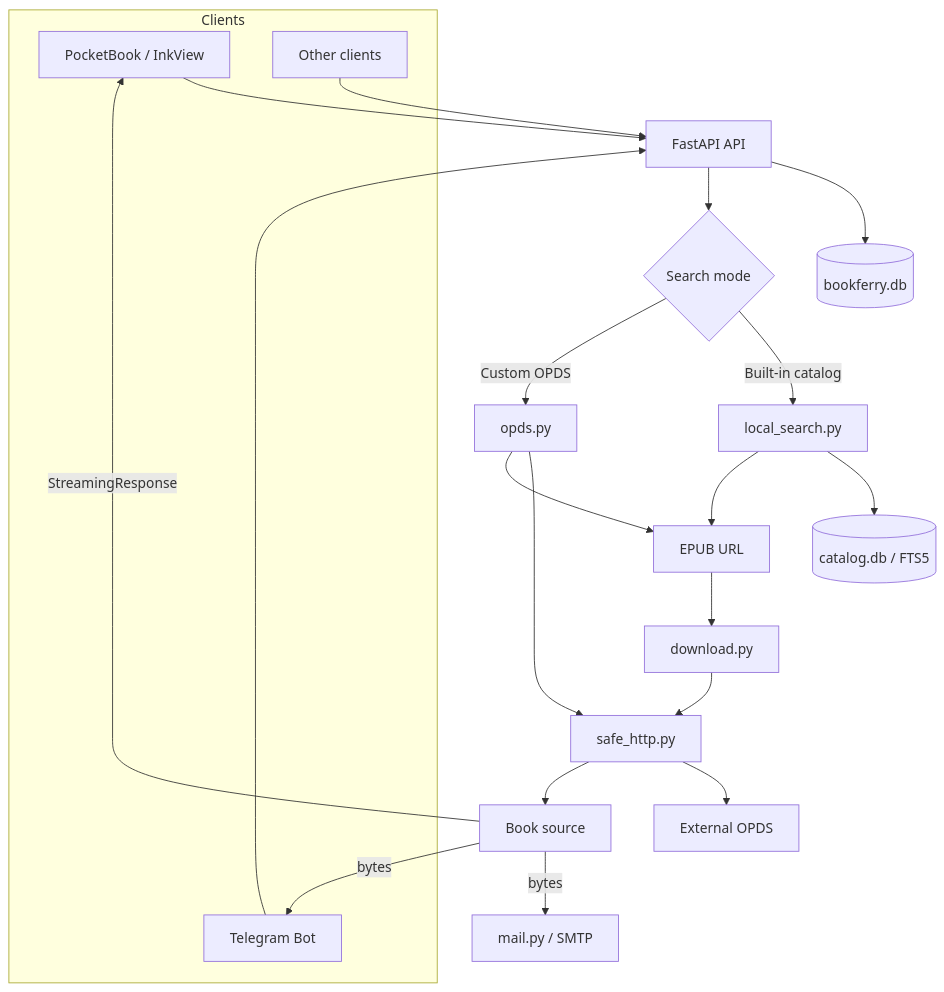
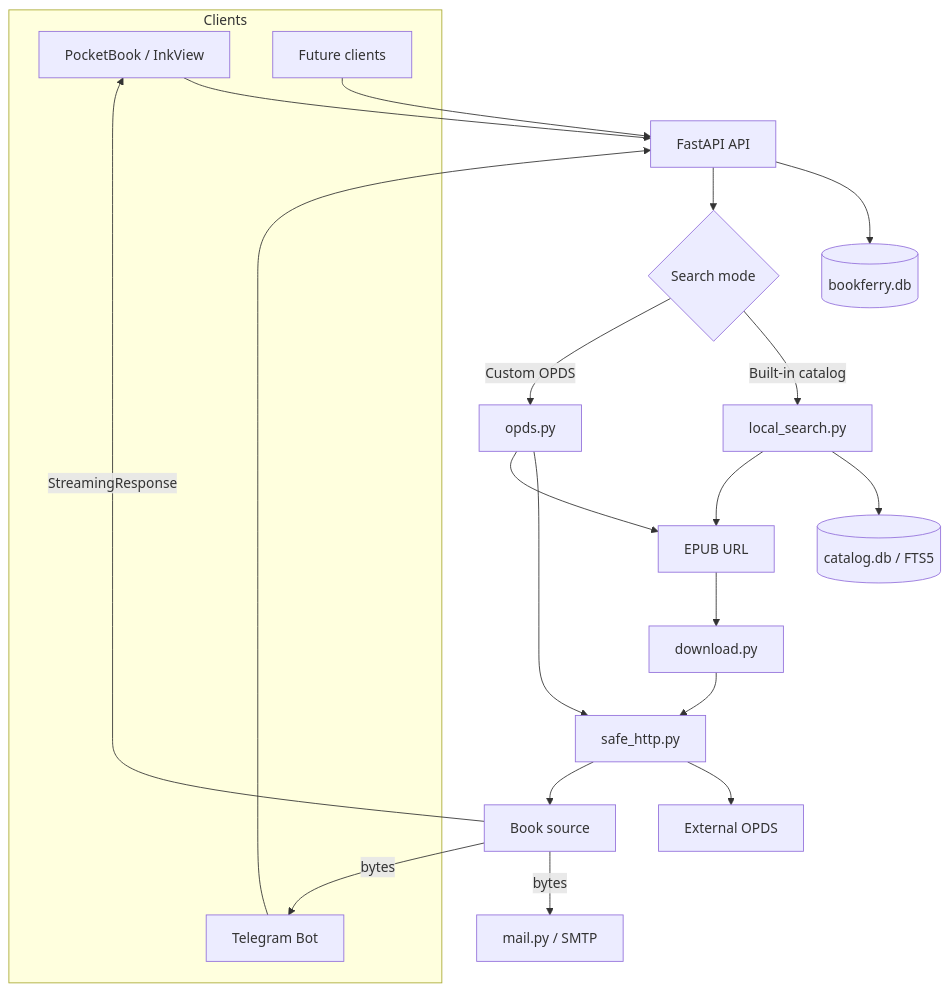
One commit to TerentievKirill/BookFerry changed the first of 5 diagrams in ARCHITECTURE.md. Above: the diagram before and after it, drawn with Mermaid. The commit also changed other lines of this file and 4 other files, not shown here.

````diff
--- a/ARCHITECTURE.md
+++ b/ARCHITECTURE.md
@@ -27,33 +27,33 @@
 ```mermaid
 flowchart TD
     subgraph Clients
         PB[PocketBook / InkView]
         TG[Telegram Bot]
-        FUTURE[Other clients]
+        FUTURE[Future clients]
     end
 
     PB --> API[FastAPI API]
     TG --> API
     FUTURE --> API
 
     API --> USERS[(bookferry.db)]
 
     API --> MODE{Search mode}
     MODE -->|Built-in catalog| LOCAL[local_search.py]
     MODE -->|Custom OPDS| REMOTE[opds.py]
 
     LOCAL --> CATALOG[(catalog.db / FTS5)]
     REMOTE --> SAFE[safe_http.py]
     SAFE --> OPDS[External OPDS]
 
     LOCAL --> BOOKURL[EPUB URL]
     REMOTE --> BOOKURL
 
     BOOKURL --> DOWNLOAD[download.py]
     DOWNLOAD --> SAFE
     SAFE --> SOURCE[Book source]
 
     SOURCE -->|StreamingResponse| PB
     SOURCE -->|bytes| TG
     SOURCE -->|bytes| MAIL[mail.py / SMTP]
 ```
````
